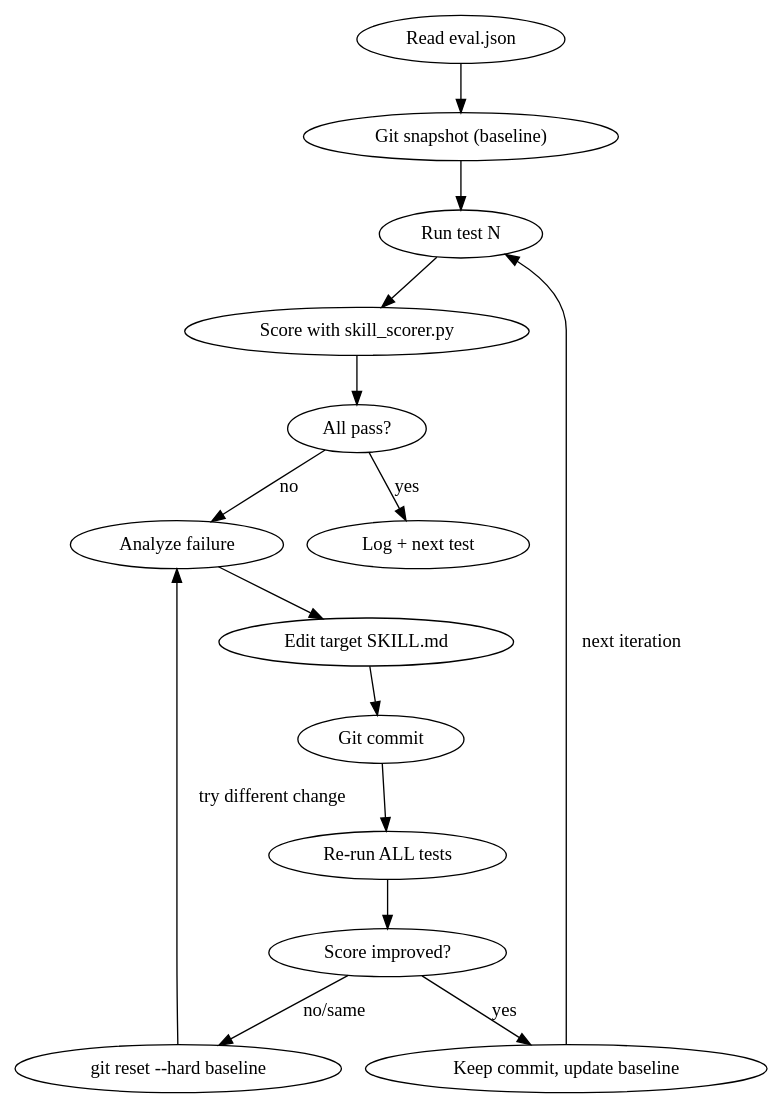
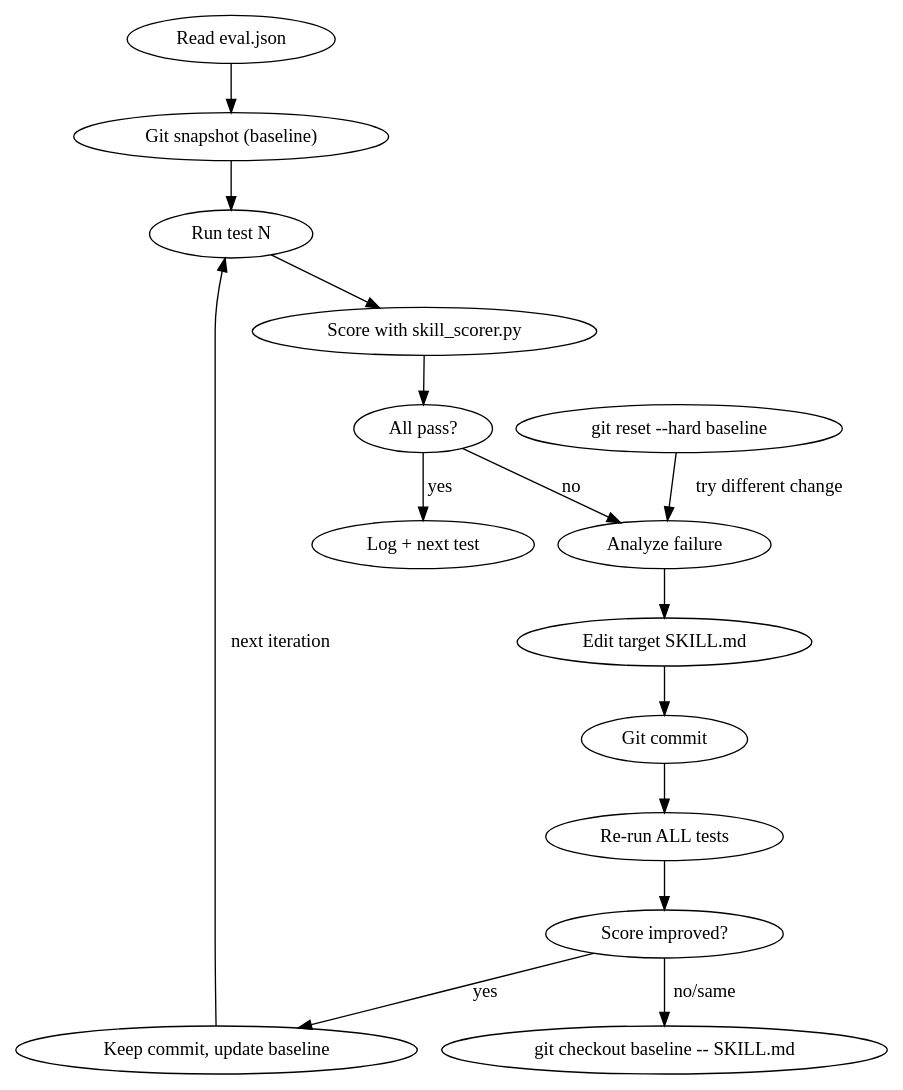
One commit to jbot-bit/canompx3 changed the diagram in .claude/skills/skill-improve/SKILL.md. Above: the diagram before and after it, drawn with Graphviz. The commit also changed other lines of this file and 3 other files, not shown here.

````diff
--- a/.claude/skills/skill-improve/SKILL.md
+++ b/.claude/skills/skill-improve/SKILL.md
@@ -28,18 +28,18 @@
 ```dot
 digraph loop {
     "Read eval.json" -> "Git snapshot (baseline)";
     "Git snapshot (baseline)" -> "Run test N";
     "Run test N" -> "Score with skill_scorer.py";
     "Score with skill_scorer.py" -> "All pass?" [label=""];
     "All pass?" -> "Log + next test" [label="yes"];
     "All pass?" -> "Analyze failure" [label="no"];
     "Analyze failure" -> "Edit target SKILL.md";
     "Edit target SKILL.md" -> "Git commit";
     "Git commit" -> "Re-run ALL tests";
     "Re-run ALL tests" -> "Score improved?" [label=""];
     "Score improved?" -> "Keep commit, update baseline" [label="yes"];
-    "Score improved?" -> "git reset --hard baseline" [label="no/same"];
+    "Score improved?" -> "git checkout baseline -- SKILL.md" [label="no/same"];
     "Keep commit, update baseline" -> "Run test N" [label="next iteration"];
     "git reset --hard baseline" -> "Analyze failure" [label="try different change"];
 }
 ```
````
